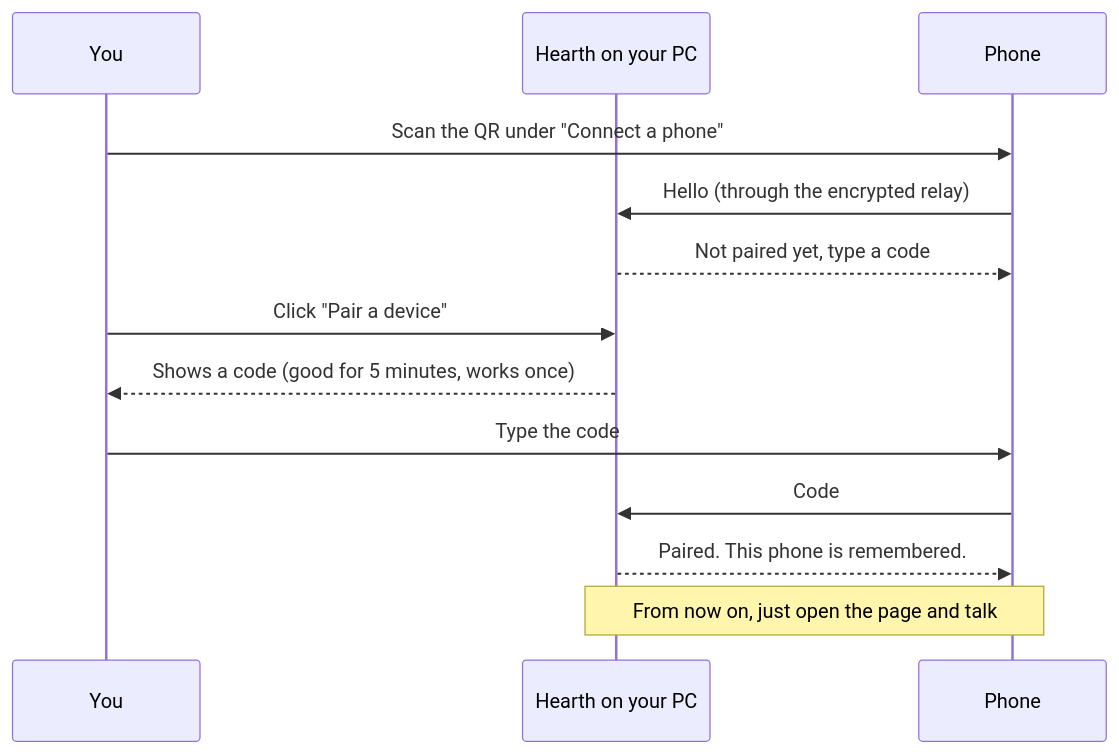
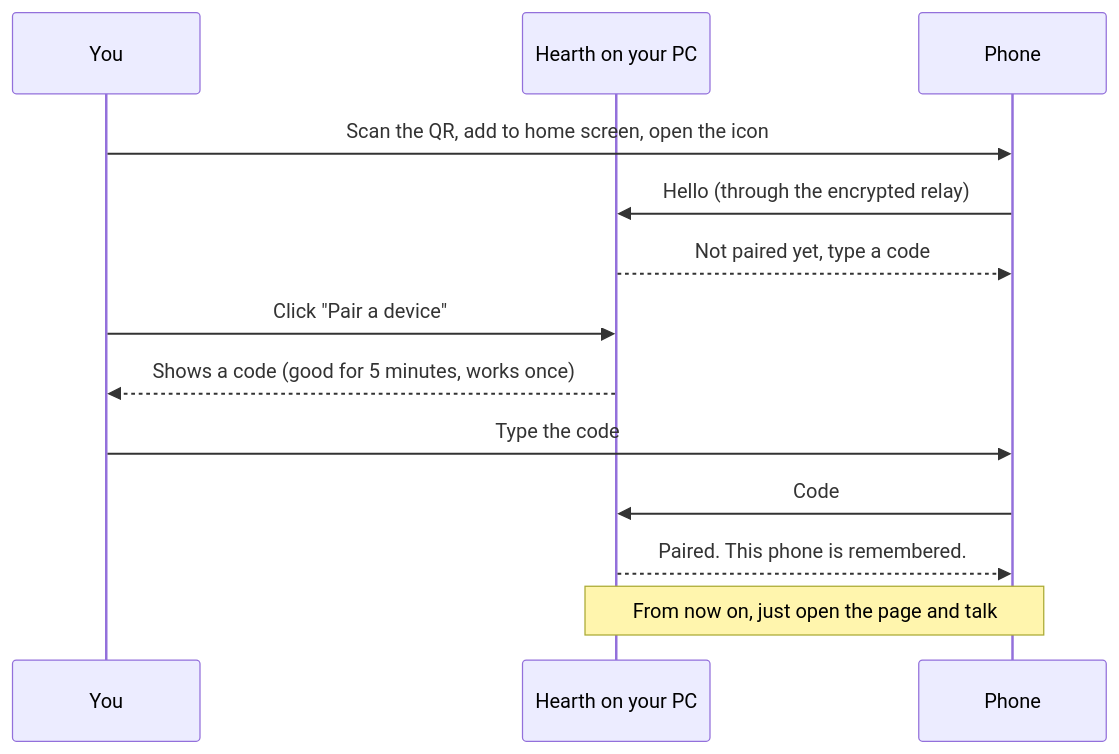
One commit to mmorris35/hearth-release changed the third of 3 diagrams in README.md. Above: the diagram before and after it, drawn with Mermaid. The commit also changed other lines of this file, not shown here.

Commit message:
README: phones (and the AI-assistant steps) add to home screen BEFORE pairing; pair inside the icon (#4)

````diff
--- a/README.md
+++ b/README.md
@@ -272,15 +272,15 @@
 ```mermaid
 sequenceDiagram
     participant You
     participant Hearth as Hearth on your PC
     participant Phone
-    You->>Phone: Scan the QR under "Connect a phone"
+    You->>Phone: Scan the QR, add to home screen, open the icon
     Phone->>Hearth: Hello (through the encrypted relay)
     Hearth-->>Phone: Not paired yet, type a code
     You->>Hearth: Click "Pair a device"
     Hearth-->>You: Shows a code (good for 5 minutes, works once)
     You->>Phone: Type the code
     Phone->>Hearth: Code
     Hearth-->>Phone: Paired. This phone is remembered.
     Note over Phone,Hearth: From now on, just open the page and talk
 ```
````
